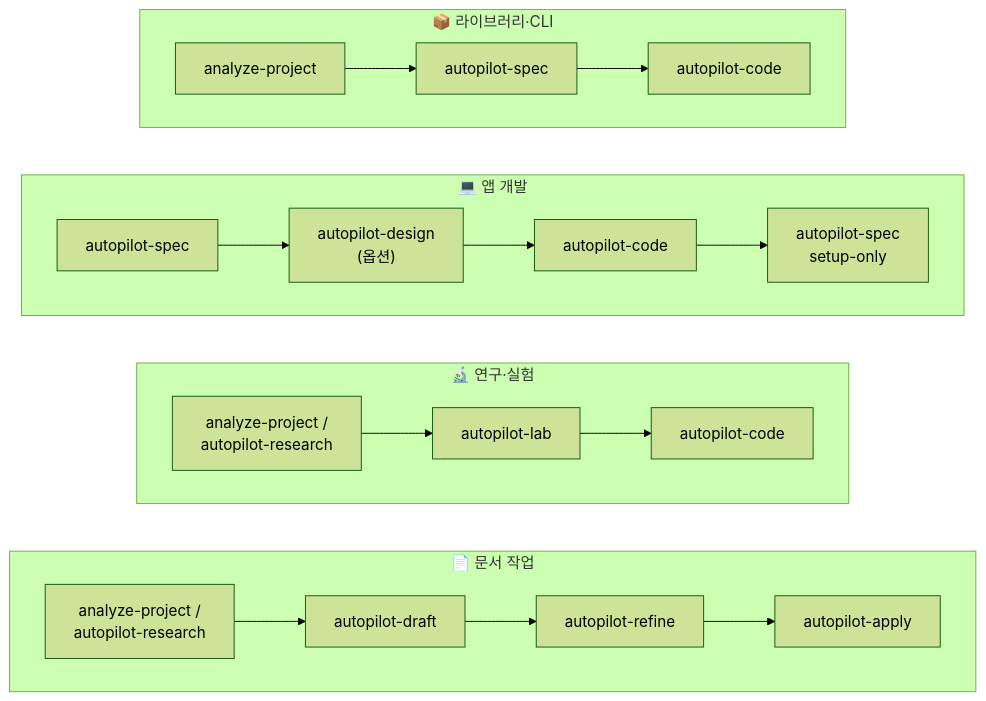
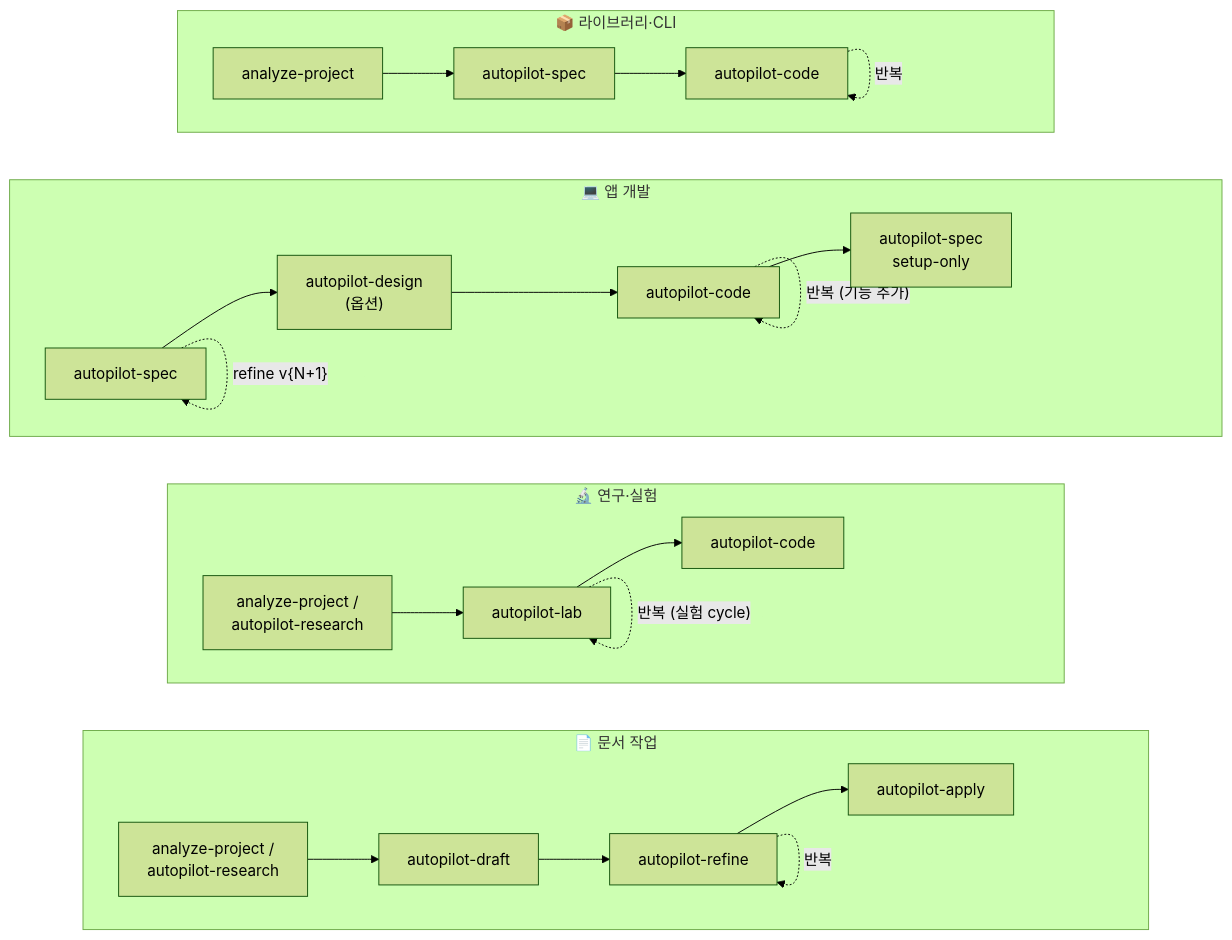
The first of 3 diagrams in README.md (dmlguq456/claude_setting), drawn with Mermaid (forest theme) before and after one commit. The commit also changed other lines of this file and 5 other files, not shown here.

````diff
--- a/README.md
+++ b/README.md
@@ -32,19 +32,24 @@
 ```mermaid
 flowchart LR
     subgraph DOC["📄 문서 작업"]
         direction LR
         d1["analyze-project /<br/>autopilot-research"] --> d2[autopilot-draft] --> d3[autopilot-refine] --> d4[autopilot-apply]
+        d3 -. "반복" .-> d3
     end
     subgraph EXP["🔬 연구·실험"]
         direction LR
         e1["analyze-project /<br/>autopilot-research"] --> e2[autopilot-lab] --> e3[autopilot-code]
+        e2 -. "반복 (실험 cycle)" .-> e2
     end
     subgraph APPDEV["💻 앱 개발"]
         direction LR
         a1[autopilot-spec] --> a2["autopilot-design<br/>(옵션)"] --> a3[autopilot-code] --> a4["autopilot-spec<br/>setup-only"]
+        a1 -. "refine v{N+1}" .-> a1
+        a3 -. "반복 (기능 추가)" .-> a3
     end
     subgraph LIB["📦 라이브러리·CLI"]
         direction LR
         l1[analyze-project] --> l2[autopilot-spec] --> l3[autopilot-code]
+        l3 -. "반복" .-> l3
     end
 ```
````
